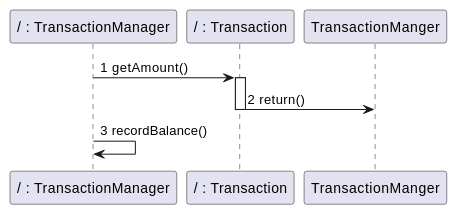
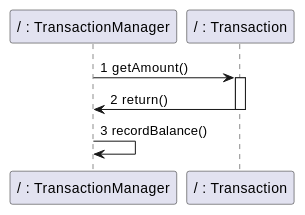
One commit to nicolabattaglino/ezshop changed diagram 14 of 14 in Deliverables/DesignDocument.md. Above: the diagram before and after it, drawn with PlantUML. The commit also changed other lines of this file, not shown here.

````diff
--- a/Deliverables/DesignDocument.md
+++ b/Deliverables/DesignDocument.md
@@ -702,14 +702,14 @@
 ```plantuml
 @startuml
 
 
 participant "/ : TransactionManager" as TransactionManager
 participant "/ : Transaction" as Transaction
 
 TransactionManager-> Transaction:1 getAmount()
 activate Transaction
-Transaction -> TransactionManger:2 return()
+Transaction -> TransactionManager:2 return()
 deactivate Transaction
 TransactionManager -> TransactionManager:3 recordBalance() 
 @enduml
 ```
````
